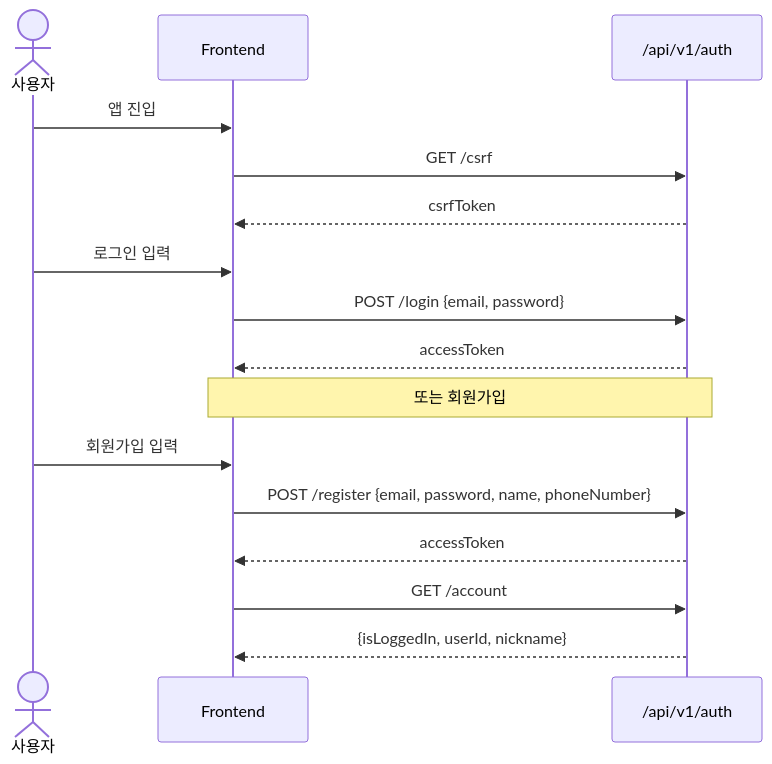
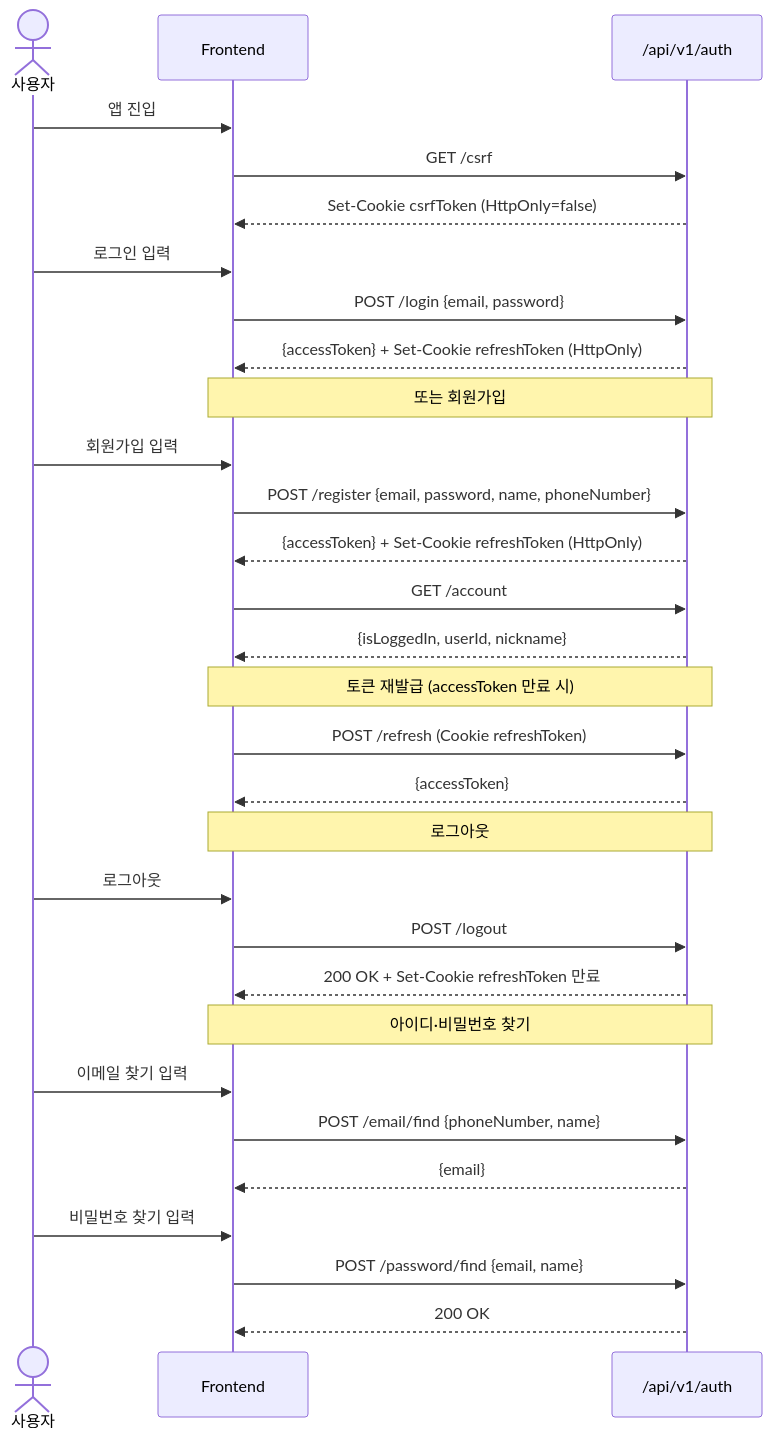
One commit to Burning-In/backend changed the second of 7 diagrams in docs/시퀀스 다이어그램.md. Above: the diagram before and after it, drawn with Mermaid. The commit also changed other lines of this file, not shown here.

Commit message:
docs: 시퀀스 다이어그램 수정

````diff
--- a/docs/시퀀스 다이어그램.md
+++ b/docs/시퀀스 다이어그램.md
@@ -31,22 +31,39 @@
 ```mermaid
 sequenceDiagram
     actor U as 사용자
     participant FE as Frontend
     participant AUTH as /api/v1/auth
 
     U->>FE: 앱 진입
     FE->>AUTH: GET /csrf
-    AUTH-->>FE: csrfToken
+    AUTH-->>FE: Set-Cookie csrfToken (HttpOnly=false)
 
     U->>FE: 로그인 입력
     FE->>AUTH: POST /login {email, password}
-    AUTH-->>FE: accessToken
+    AUTH-->>FE: {accessToken} + Set-Cookie refreshToken (HttpOnly)
 
     Note over FE,AUTH: 또는 회원가입
     U->>FE: 회원가입 입력
     FE->>AUTH: POST /register {email, password, name, phoneNumber}
-    AUTH-->>FE: accessToken
+    AUTH-->>FE: {accessToken} + Set-Cookie refreshToken (HttpOnly)
 
     FE->>AUTH: GET /account
     AUTH-->>FE: {isLoggedIn, userId, nickname}
+
+    Note over FE,AUTH: 토큰 재발급 (accessToken 만료 시)
+    FE->>AUTH: POST /refresh (Cookie refreshToken)
+    AUTH-->>FE: {accessToken}
+
+    Note over FE,AUTH: 로그아웃
+    U->>FE: 로그아웃
+    FE->>AUTH: POST /logout
+    AUTH-->>FE: 200 OK + Set-Cookie refreshToken 만료
+
+    Note over FE,AUTH: 아이디·비밀번호 찾기
+    U->>FE: 이메일 찾기 입력
+    FE->>AUTH: POST /email/find {phoneNumber, name}
+    AUTH-->>FE: {email}
+    U->>FE: 비밀번호 찾기 입력
+    FE->>AUTH: POST /password/find {email, name}
+    AUTH-->>FE: 200 OK
 ```
````
